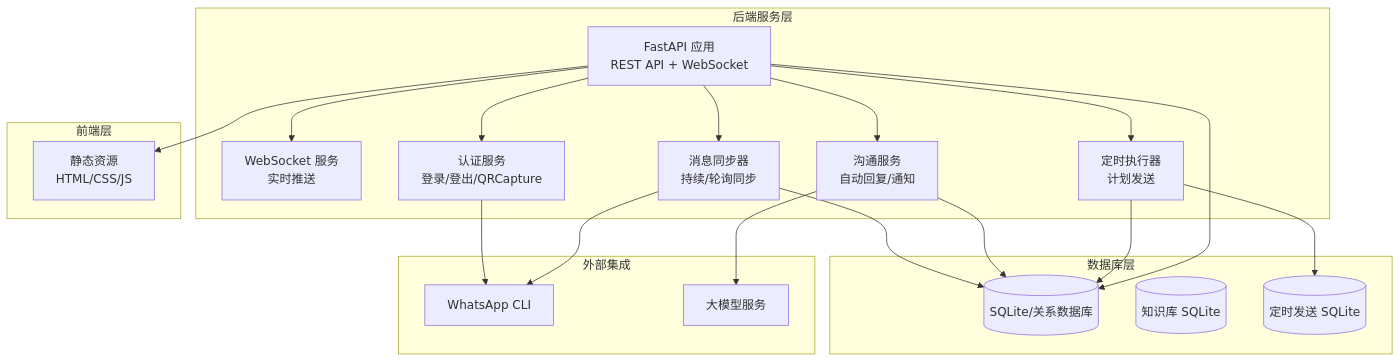
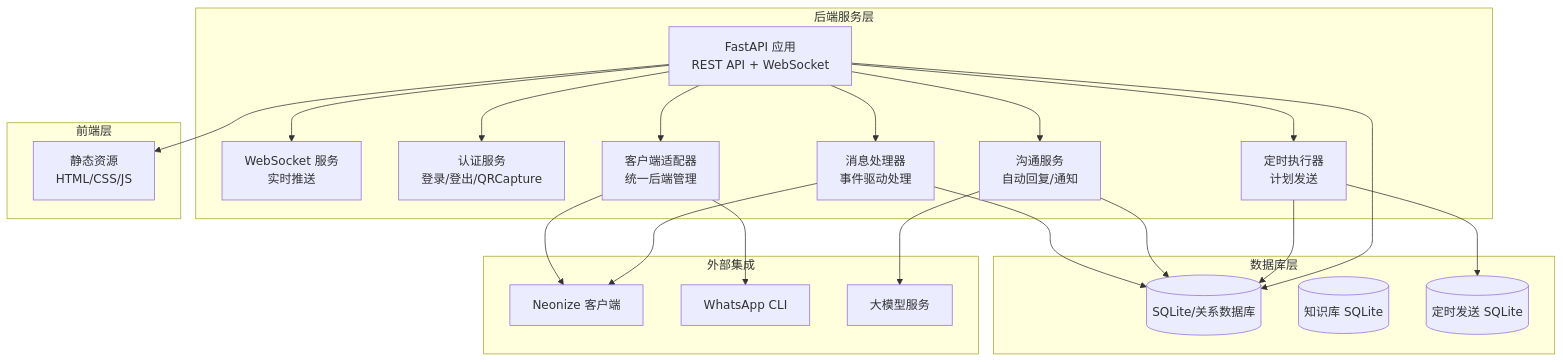
One commit to 2950730liao-hub/whatsapp-reply changed the first of 10 diagrams in .qoder/repowiki/zh/content/核心模块/WhatsApp集成模块.md. Above: the diagram before and after it, drawn with Mermaid. The commit also changed other lines of this file and 15 other files, not shown here.

````diff
--- a/.qoder/repowiki/zh/content/核心模块/WhatsApp集成模块.md
+++ b/.qoder/repowiki/zh/content/核心模块/WhatsApp集成模块.md
@@ -47,37 +63,41 @@
 ```mermaid
 graph TB
 subgraph "后端服务层"
 API[FastAPI 应用<br/>REST API + WebSocket]
 WS[WebSocket 服务<br/>实时推送]
 AUTH[认证服务<br/>登录/登出/QRCapture]
-SYNC[消息同步器<br/>持续/轮询同步]
+SYNC[消息处理器<br/>事件驱动处理]
 COMM[沟通服务<br/>自动回复/通知]
 SCHED[定时执行器<br/>计划发送]
+ADAPTER[客户端适配器<br/>统一后端管理]
 end
 subgraph "数据库层"
 DB[(SQLite/关系数据库)]
 KB[(知识库 SQLite)]
 SCHED_DB[(定时发送 SQLite)]
 end
 subgraph "外部集成"
+NEONIZE[Neonize 客户端]
 CLI[WhatsApp CLI]
 LLM[大模型服务]
 end
 subgraph "前端层"
 STATIC[静态资源<br/>HTML/CSS/JS]
 end
 API --> WS
 API --> AUTH
 API --> SYNC
 API --> COMM
 API --> SCHED
+API --> ADAPTER
 SYNC --> DB
 COMM --> DB
 SCHED --> DB
 SCHED --> SCHED_DB
 COMM --> LLM
-AUTH --> CLI
-SYNC --> CLI
+ADAPTER --> NEONIZE
+ADAPTER --> CLI
+SYNC --> NEONIZE
 API --> DB
 API --> STATIC
 ```
````
